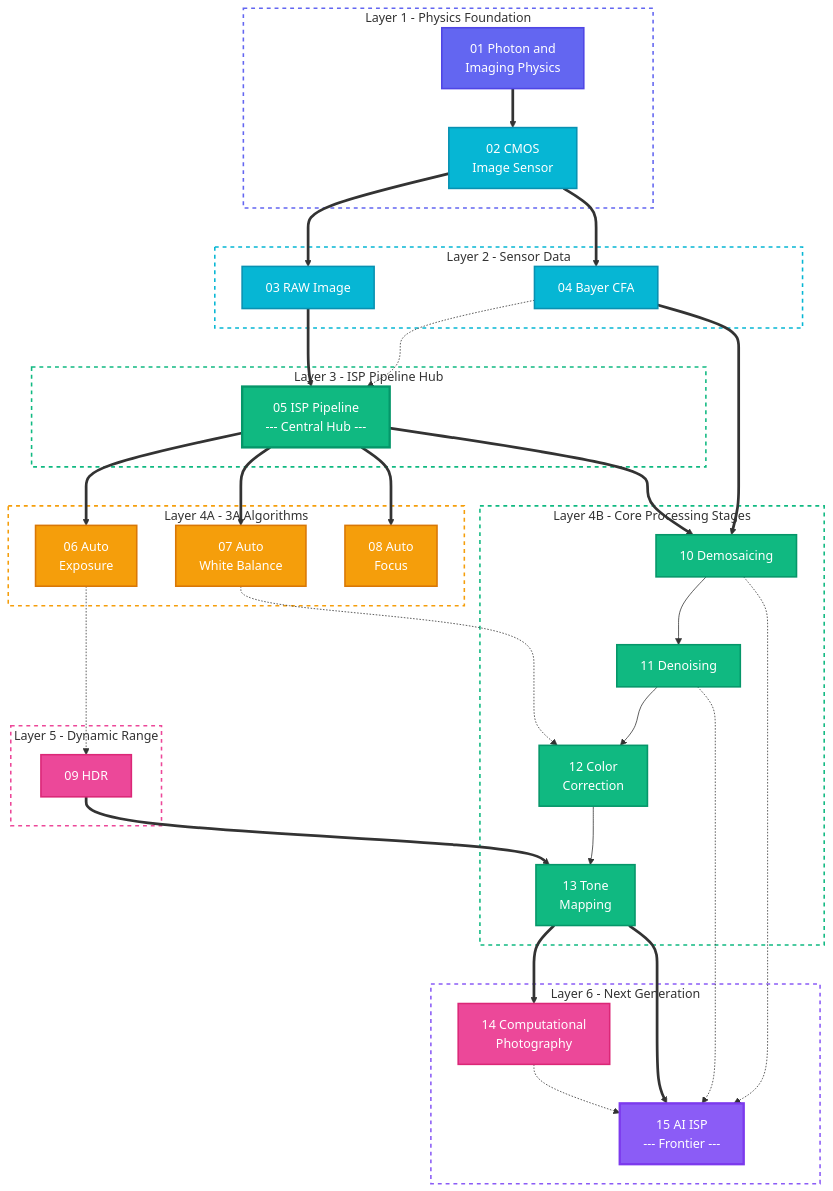
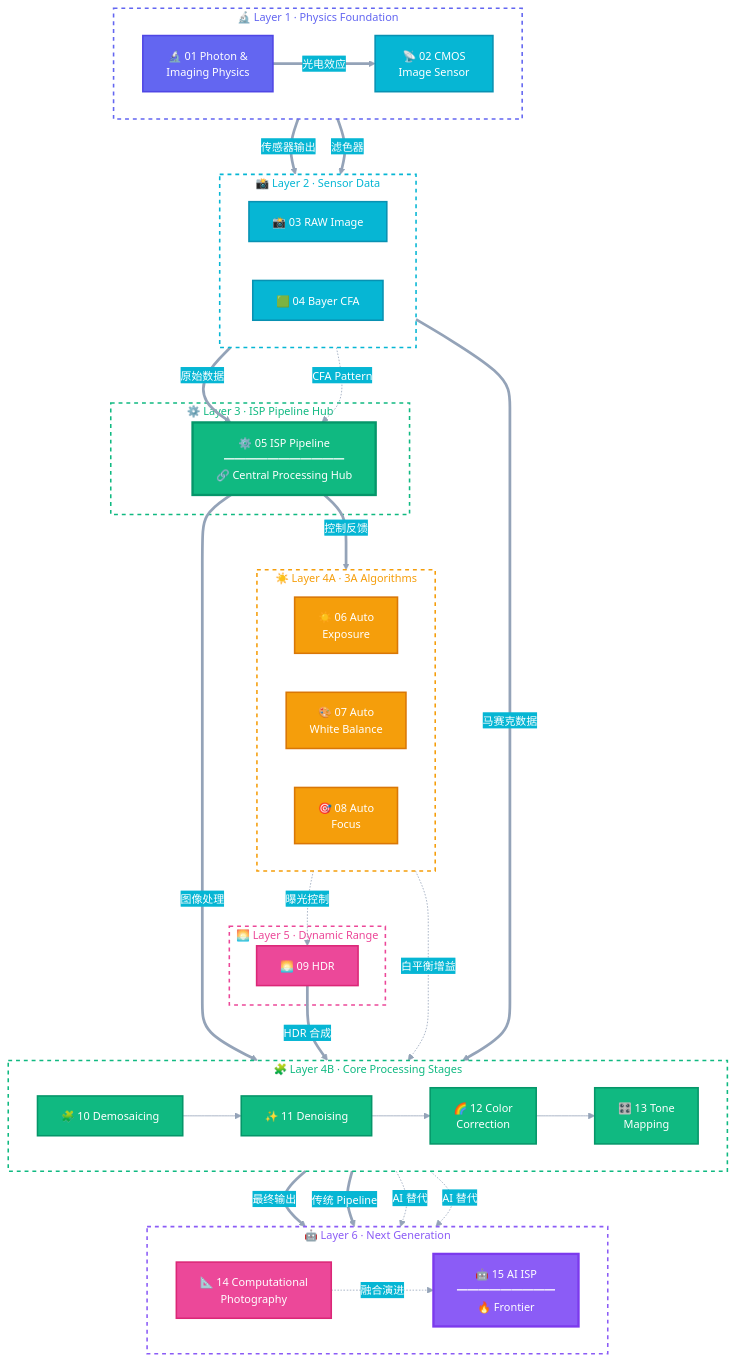
Before and after one commit to lionelnoah/Photon2Pixel-ISP: the diagram in README.md, drawn with Mermaid. The commit also changed other lines of this file, not shown here.

````diff
--- a/README.md
+++ b/README.md
@@ -734,68 +29,88 @@
 ```mermaid
+%%{init: {'theme': 'base', 'themeVariables': {'primaryColor': '#6366f1', 'primaryTextColor': '#fff', 'primaryBorderColor': '#4f46e5', 'lineColor': '#94a3b8', 'secondaryColor': '#06b6d4', 'tertiaryColor': '#10b981', 'fontSize': '14px'}}}%%
+
 flowchart TD
-    subgraph L1["Layer 1 - Physics Foundation"]
-        P01["01 Photon and\nImaging Physics"]
-        P02["02 CMOS\nImage Sensor"]
+    %% ──────── Layer 1: Physics Foundation ────────
+    subgraph L1["🔬 Layer 1 · Physics Foundation"]
+        direction LR
+        P01["🔬 01 Photon &<br/>Imaging Physics"]
+        P02["📡 02 CMOS<br/>Image Sensor"]
     end
 
-    subgraph L2["Layer 2 - Sensor Data"]
-        P03["03 RAW Image"]
-        P04["04 Bayer CFA"]
+    %% ──────── Layer 2: Sensor Data ────────
+    subgraph L2["📸 Layer 2 · Sensor Data"]
+        direction LR
+        P03["📸 03 RAW Image"]
+        P04["🟩 04 Bayer CFA"]
     end
 
-    subgraph L3["Layer 3 - ISP Pipeline Hub"]
-        P05["05 ISP Pipeline\n--- Central Hub ---"]
+    %% ──────── Layer 3: ISP Pipeline Hub ────────
+    subgraph L3["⚙️ Layer 3 · ISP Pipeline Hub"]
+        P05["⚙️ 05 ISP Pipeline<br/>━━━━━━━━━━━<br/>🔗 Central Processing Hub"]
     end
 
-    subgraph L4A["Layer 4A - 3A Algorithms"]
-        P06["06 Auto\nExposure"]
-        P07["07 Auto\nWhite Balance"]
-        P08["08 Auto\nFocus"]
+    %% ──────── Layer 4A: 3A Algorithms ────────
+    subgraph L4A["☀️ Layer 4A · 3A Algorithms"]
+        direction LR
+        P06["☀️ 06 Auto<br/>Exposure"]
+        P07["🎨 07 Auto<br/>White Balance"]
+        P08["🎯 08 Auto<br/>Focus"]
     end
 
-    subgraph L4B["Layer 4B - Core Processing Stages"]
-        P10["10 Demosaicing"]
-        P11["11 Denoising"]
-        P12["12 Color\nCorrection"]
-        P13["13 Tone\nMapping"]
+    %% ──────── Layer 4B: Core Processing ────────
+    subgraph L4B["🧩 Layer 4B · Core Processing Stages"]
+        direction LR
+        P10["🧩 10 Demosaicing"] --> P11["✨ 11 Denoising"]
+        P11 --> P12["🌈 12 Color<br/>Correction"]
+        P12 --> P13["🎛️ 13 Tone<br/>Mapping"]
     end
 
-    subgraph L5["Layer 5 - Dynamic Range"]
-        P09["09 HDR"]
+    %% ──────── Layer 5: Advanced ────────
+    subgraph L5["🌅 Layer 5 · Dynamic Range"]
+        P09["🌅 09 HDR"]
     end
 
-    subgraph L6["Layer 6 - Next Generation"]
-        P14["14 Computational\nPhotography"]
-        P15["15 AI ISP\n--- Frontier ---"]
+    %% ──────── Layer 6: Next Gen ────────
+    subgraph L6["🤖 Layer 6 · Next Generation"]
+        direction LR
+        P14["📐 14 Computational<br/>Photography"]
+        P15["🤖 15 AI ISP<br/>━━━━━━━━━<br/>🔥 Frontier"]
     end
 
-    P01 ==> P02
-    P02 ==> P03
-    P02 ==> P04
+    %% ──────── CONNECTIONS ────────
+    %% Foundation flow
+    P01 ==>|"光电效应"| P02
+    P02 ==>|"传感器输出"| P03
+    P02 ==>|"滤色器"| P04
 
-    P03 ==> P05
-    P04 -.-> P05
+    %% Into ISP
+    P03 ==>|"原始数据"| P05
+    P04 -.->|"CFA Pattern"| P05
 
-    P05 ==> P06
-    P05 ==> P07
-    P05 ==> P08
-    P05 ==> P10
+    %% ISP branches
+    P05 ==>|"控制反馈"| L4A
+    P05 ==>|"图像处理"| P10
 
-    P04 ==> P10
-    P10 --> P11
-    P11 --> P12
-    P12 --> P13
+    %% 3A feedback
+    P06 -.->|"曝光控制"| P09
+    P07 -.->|"白平衡增益"| P12
 
-    P06 -.-> P09
-    P07 -.-> P12
-    P09 ==> P13
+    %% Bayer → Demosaic
+    P04 ==>|"马赛克数据"| P10
 
-    P13 ==> P14
-    P13 ==> P15
-    P10 -.-> P15
-    P11 -.-> P15
-    P14 -.-> P15
+    %% HDR connection
+    P09 ==>|"HDR 合成"| P13
 
+    %% Output to Next Gen
+    P13 ==>|"最终输出"| P14
+    P13 ==>|"传统 Pipeline"| P15
+
+    %% AI replaces traditional
+    P10 -.->|"AI 替代"| P15
+    P11 -.->|"AI 替代"| P15
+    P14 -.->|"融合演进"| P15
+
+    %% ──────── STYLING ────────
     classDef physics fill:#6366f1,stroke:#4f46e5,color:#fff,stroke-width:2px
     classDef sensor fill:#06b6d4,stroke:#0891b2,color:#fff,stroke-width:2px
     classDef threeA fill:#f59e0b,stroke:#d97706,color:#fff,stroke-width:2px
@@ -814,11 +129,11 @@
     class P14 advanced
     class P15 ai
 
-    style L1 fill:none,stroke:#6366f1,stroke-width:2px,stroke-dasharray:5 5
-    style L2 fill:none,stroke:#06b6d4,stroke-width:2px,stroke-dasharray:5 5
-    style L3 fill:none,stroke:#10b981,stroke-width:2px,stroke-dasharray:5 5
-    style L4A fill:none,stroke:#f59e0b,stroke-width:2px,stroke-dasharray:5 5
-    style L4B fill:none,stroke:#10b981,stroke-width:2px,stroke-dasharray:5 5
-    style L5 fill:none,stroke:#ec4899,stroke-width:2px,stroke-dasharray:5 5
-    style L6 fill:none,stroke:#8b5cf6,stroke-width:2px,stroke-dasharray:5 5
+    style L1 fill:transparent,stroke:#6366f1,stroke-width:2px,stroke-dasharray:5 5,color:#6366f1
+    style L2 fill:transparent,stroke:#06b6d4,stroke-width:2px,stroke-dasharray:5 5,color:#06b6d4
+    style L3 fill:transparent,stroke:#10b981,stroke-width:2px,stroke-dasharray:5 5,color:#10b981
+    style L4A fill:transparent,stroke:#f59e0b,stroke-width:2px,stroke-dasharray:5 5,color:#f59e0b
+    style L4B fill:transparent,stroke:#10b981,stroke-width:2px,stroke-dasharray:5 5,color:#10b981
+    style L5 fill:transparent,stroke:#ec4899,stroke-width:2px,stroke-dasharray:5 5,color:#ec4899
+    style L6 fill:transparent,stroke:#8b5cf6,stroke-width:2px,stroke-dasharray:5 5,color:#8b5cf6
 ```
````
